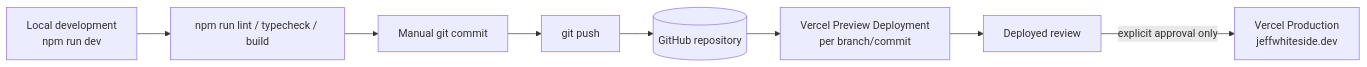
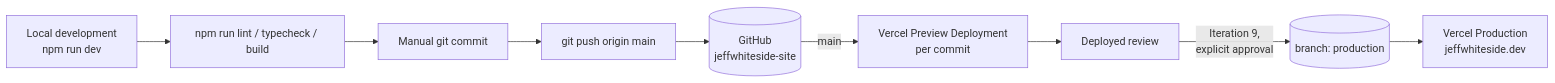
Before and after one commit to jeffwhiteside/jeffwhiteside-site: the third of 3 diagrams in docs/architecture.md, drawn with Mermaid. The commit also changed other lines of this file and 44 other files, not shown here.

First line of the commit message:
Iteration 2: Full site build-out, navy visual system, and a route per section

````diff
--- a/docs/architecture.md
+++ b/docs/architecture.md
@@ -142,10 +292,11 @@
 ```mermaid
 flowchart LR
     Dev[Local development<br/>npm run dev] --> Verify[npm run lint / typecheck / build]
     Verify --> Commit[Manual git commit]
-    Commit --> Push[git push]
-    Push --> Repo[(GitHub repository)]
-    Repo --> Preview[Vercel Preview Deployment<br/>per branch/commit]
+    Commit --> Push[git push origin main]
+    Push --> Repo[(GitHub<br/>jeffwhiteside-site)]
+    Repo -->|main| Preview[Vercel Preview Deployment<br/>per commit]
     Preview --> Review[Deployed review]
-    Review -->|explicit approval only| Prod[Vercel Production<br/>jeffwhiteside.dev]
+    Review -->|Iteration 9,<br/>explicit approval| ProdBranch[(branch: production)]
+    ProdBranch --> Prod[Vercel Production<br/>jeffwhiteside.dev]
 ```
````
